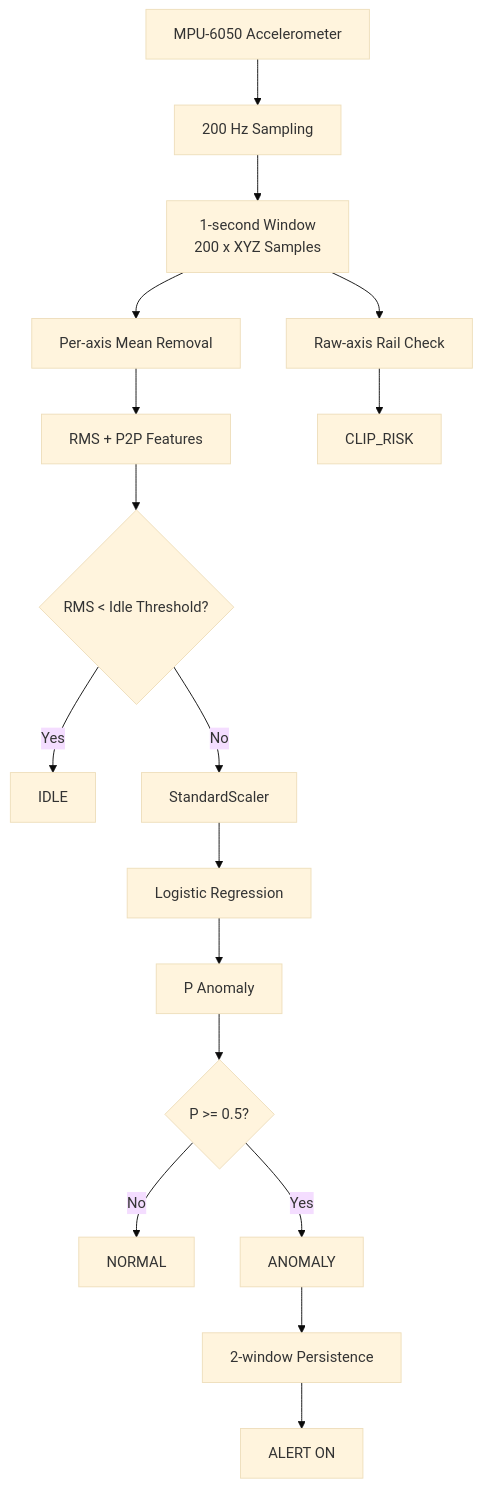
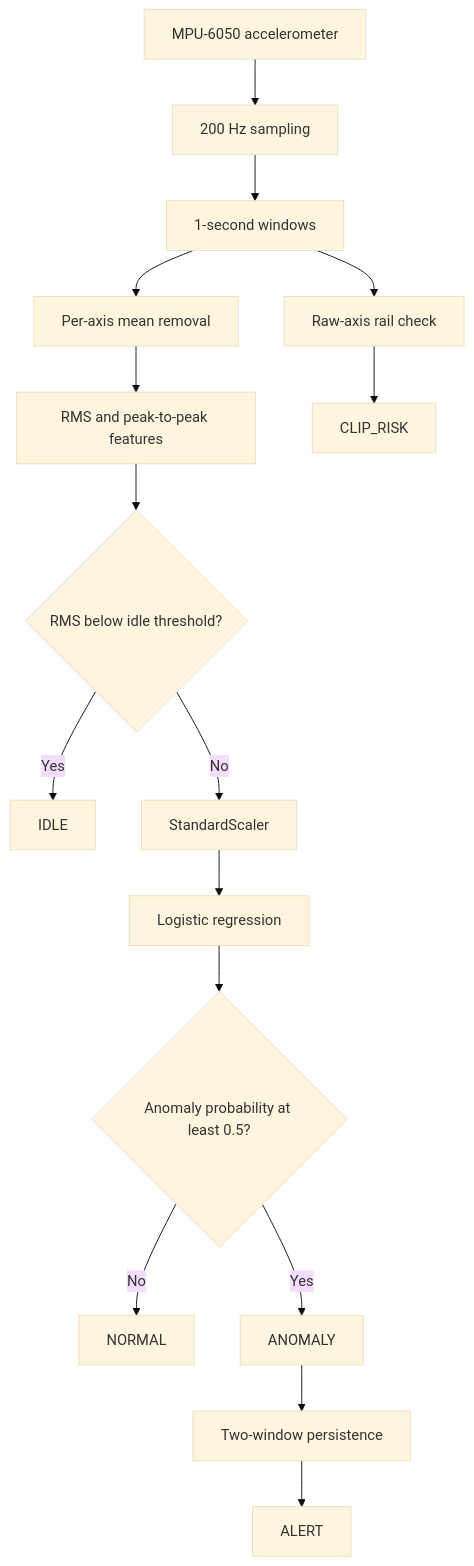
One commit to Deltan2002/Machine-Sentinel changed the diagram in README.md. Above: the diagram before and after it, drawn with Mermaid (base theme). The commit also changed other lines of this file and 20 other files, not shown here.

````diff
--- a/README.md
+++ b/README.md
@@ -15,24 +97,18 @@
 ```mermaid
 flowchart TD
-    A[MPU-6050 Accelerometer] --> B[200 Hz Sampling]
-    B --> C[1-second Window<br/>200 x XYZ Samples]
-    C --> D[Per-axis Mean Removal]
-    D --> E[RMS + P2P Features]
-
-    E --> F{RMS < Idle Threshold?}
-
+    A[MPU-6050 accelerometer] --> B[200 Hz sampling]
+    B --> C[1-second windows]
+    C --> D[Per-axis mean removal]
+    D --> E[RMS and peak-to-peak features]
+    E --> F{RMS below idle threshold?}
     F -- Yes --> G[IDLE]
     F -- No --> H[StandardScaler]
-    H --> I[Logistic Regression]
-    I --> J[P Anomaly]
-
-    J --> K{P >= 0.5?}
-    K -- No --> L[NORMAL]
-    K -- Yes --> M[ANOMALY]
-
-    M --> N[2-window Persistence]
-    N --> O[ALERT ON]
-
-    C --> P[Raw-axis Rail Check]
-    P --> Q[CLIP_RISK]
+    H --> I[Logistic regression]
+    I --> J{Anomaly probability at least 0.5?}
+    J -- No --> K[NORMAL]
+    J -- Yes --> L[ANOMALY]
+    L --> M[Two-window persistence]
+    M --> N[ALERT]
+    C --> O[Raw-axis rail check]
+    O --> P[CLIP_RISK]
 ```
````
